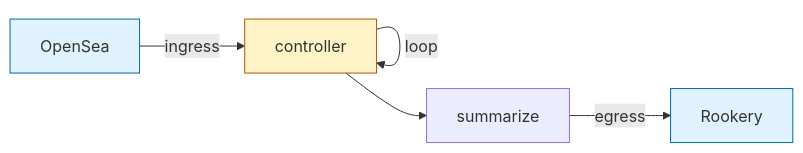
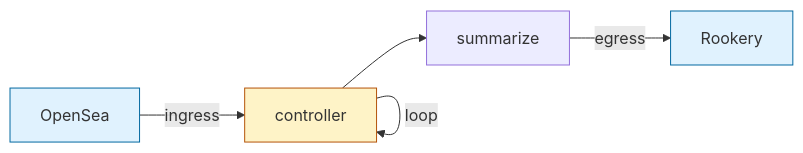
Before and after one commit to hurtener/penguiflow: the diagram in examples/visualizer/diagram.md, drawn with Mermaid. The commit also changed other lines of this file and 16 other files, not shown here.

````diff
--- a/examples/visualizer/diagram.md
+++ b/examples/visualizer/diagram.md
@@ -1,16 +1,16 @@
 ```mermaid
 graph LR
     controller["controller"]
+    summarize["summarize"]
     OpenSea["OpenSea"]
-    summarize["summarize"]
     Rookery["Rookery"]
     classDef controller_loop fill:#fef3c7,stroke:#b45309,stroke-width:1px
     classDef endpoint fill:#e0f2fe,stroke:#0369a1,stroke-width:1px
     class controller controller_loop
     class OpenSea endpoint
     class Rookery endpoint
+    controller --> summarize
+    OpenSea -->|ingress| controller
     controller -->|loop| controller
-    OpenSea -->|ingress| controller
-    controller --> summarize
     summarize -->|egress| Rookery
 ```
````
